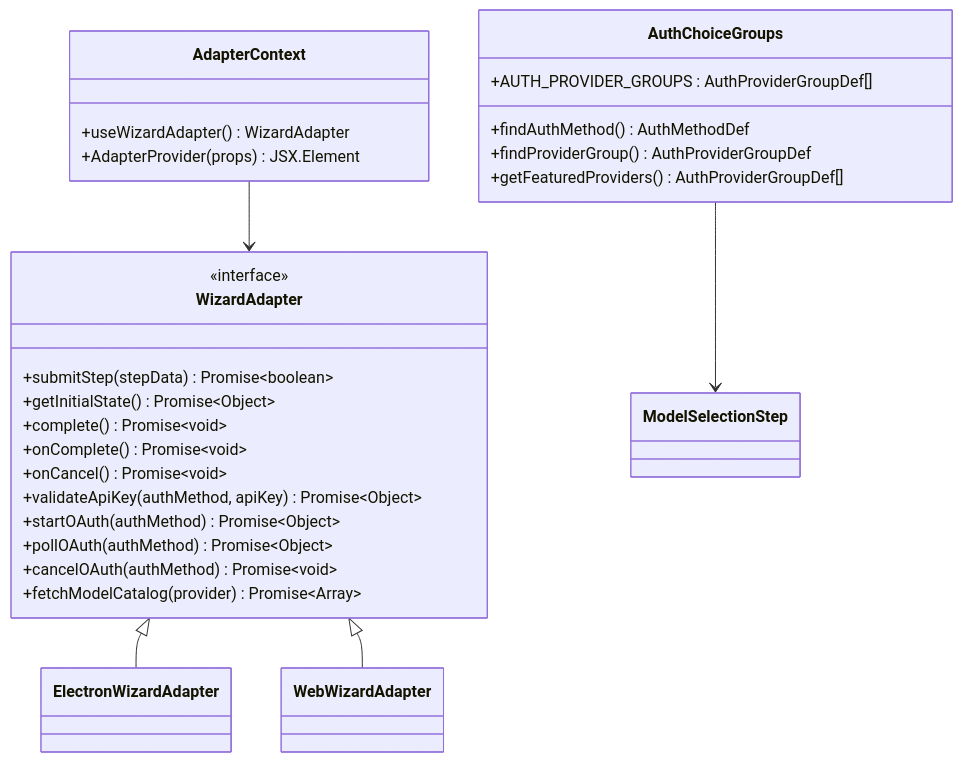
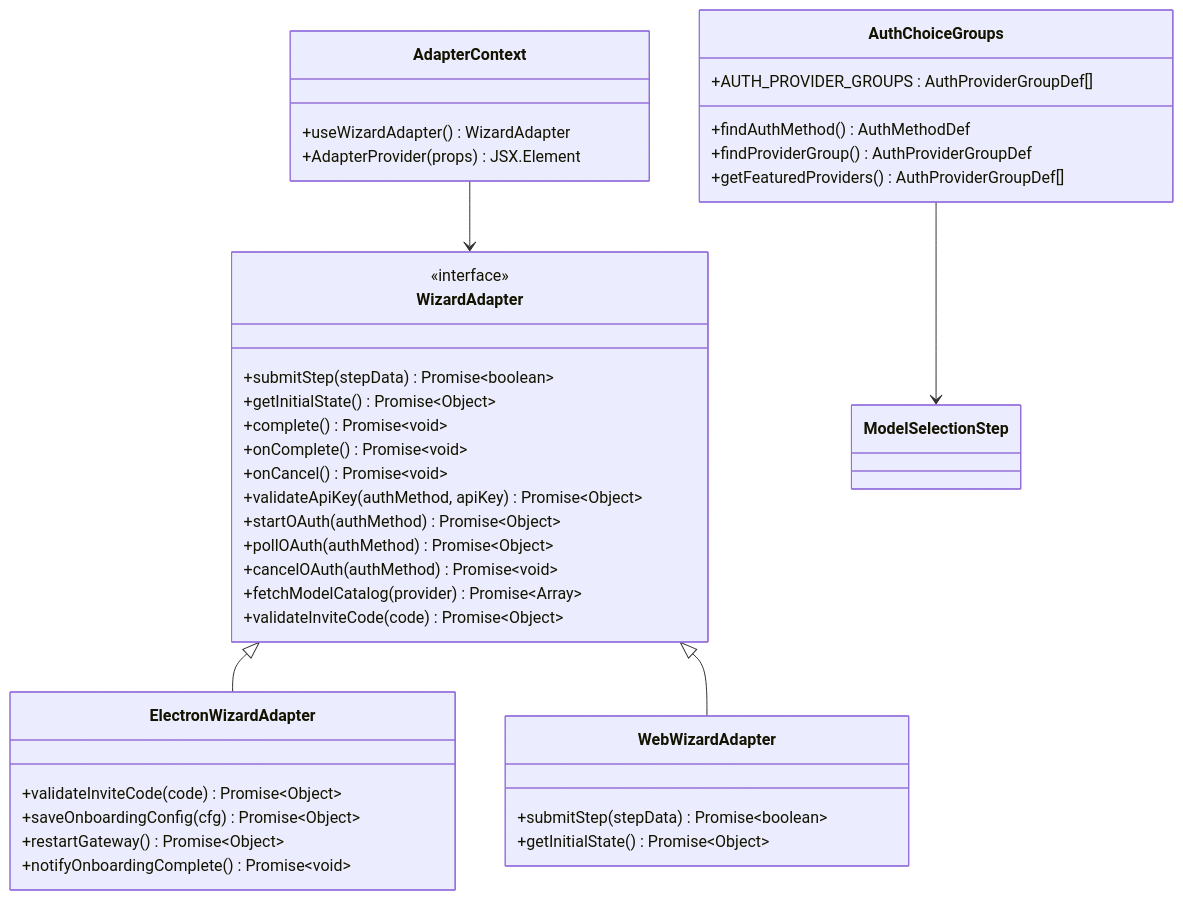
Before and after one commit to verse-ai-org/openclaw: the fifth of 12 diagrams in .qoder/repowiki/zh/content/开发者指南/设置向导系统.md, drawn with Mermaid. The commit also changed other lines of this file and 31 other files, not shown here.

````diff
--- a/.qoder/repowiki/zh/content/开发者指南/设置向导系统.md
+++ b/.qoder/repowiki/zh/content/开发者指南/设置向导系统.md
@@ -278,30 +339,41 @@
 ```mermaid
 classDiagram
 class WizardAdapter {
 <<interface>>
 +submitStep(stepData) Promise~boolean~
 +getInitialState() Promise~Object~
 +complete() Promise~void~
 +onComplete() Promise~void~
 +onCancel() Promise~void~
 +validateApiKey(authMethod, apiKey) Promise~Object~
 +startOAuth(authMethod) Promise~Object~
 +pollOAuth(authMethod) Promise~Object~
 +cancelOAuth(authMethod) Promise~void~
 +fetchModelCatalog(provider) Promise~Array~
++validateInviteCode(code) Promise~Object~
 }
 class AdapterContext {
 +useWizardAdapter() WizardAdapter
 +AdapterProvider(props) JSX.Element
 }
 class AuthChoiceGroups {
 +AUTH_PROVIDER_GROUPS : AuthProviderGroupDef[]
 +findAuthMethod() AuthMethodDef
 +findProviderGroup() AuthProviderGroupDef
 +getFeaturedProviders() AuthProviderGroupDef[]
 }
+class ElectronWizardAdapter {
++validateInviteCode(code) Promise~Object~
++saveOnboardingConfig(cfg) Promise~Object~
++restartGateway() Promise~Object~
++notifyOnboardingComplete() Promise~void~
+}
+class WebWizardAdapter {
++submitStep(stepData) Promise~boolean~
++getInitialState() Promise~Object~
+}
 WizardAdapter <|-- ElectronWizardAdapter
 WizardAdapter <|-- WebWizardAdapter
 AdapterContext --> WizardAdapter
 AuthChoiceGroups --> ModelSelectionStep
 ```
````
